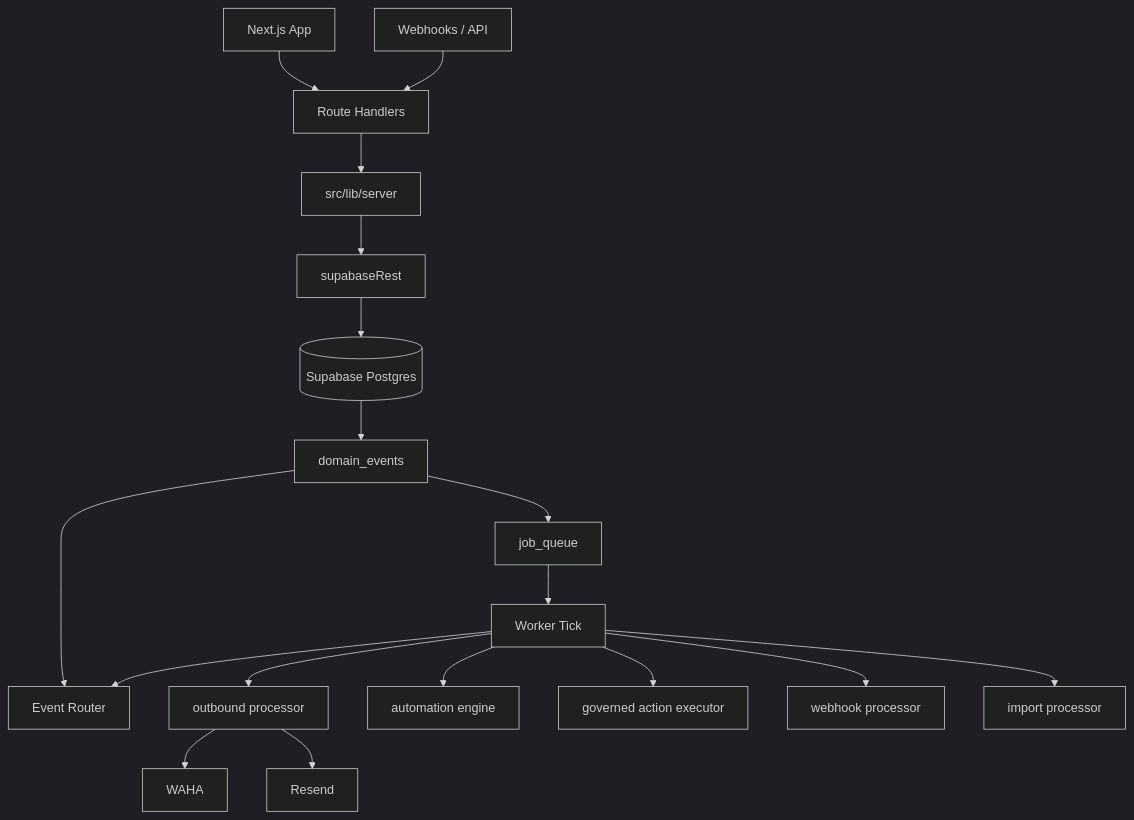
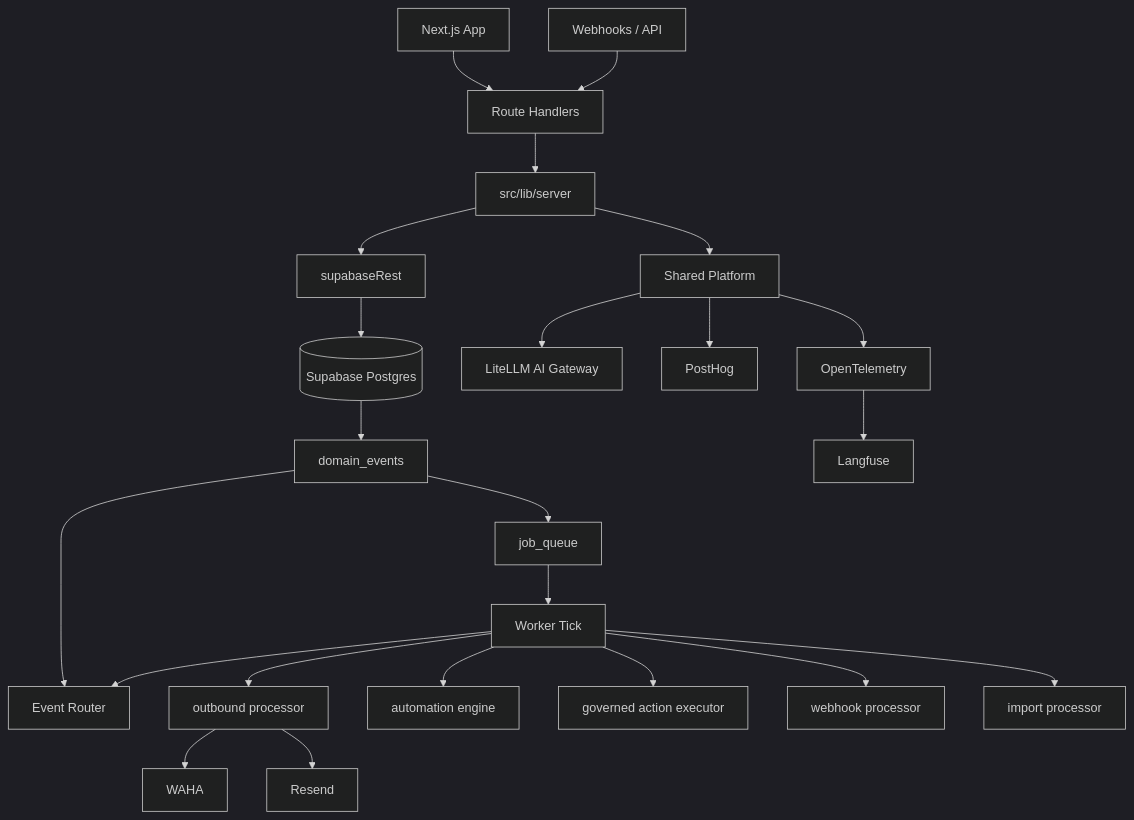
One commit to andreydecorvital-sudo/CRM changed the sixth of 6 diagrams in docs/SYSTEM_MAP.md. Above: the diagram before and after it, drawn with Mermaid (dark theme). The commit also changed other lines of this file and 16 other files, not shown here.

Commit message:
feat: add shared SaaS platform foundation

````diff
--- a/docs/SYSTEM_MAP.md
+++ b/docs/SYSTEM_MAP.md
@@ -256,23 +257,29 @@
 ```mermaid
 flowchart TB
   UI[Next.js App] --> ROUTES[Route Handlers]
   EXT[Webhooks / API] --> ROUTES
   ROUTES --> SERVICES[src/lib/server]
   SERVICES --> REST[supabaseRest]
   REST --> DB[(Supabase Postgres)]
 
   DB --> EVENTS[domain_events]
   EVENTS --> JOBS[job_queue]
   EVENTS --> ROUTER[Event Router]
   JOBS --> WORKER[Worker Tick]
 
   WORKER --> OUT[outbound processor]
   WORKER --> AUTO[automation engine]
   WORKER --> ROUTER
   WORKER --> EXEC[governed action executor]
   WORKER --> WEBHOOK[webhook processor]
   WORKER --> IMPORT[import processor]
 
   OUT --> WAHA[WAHA]
   OUT --> EMAIL[Resend]
+
+  SERVICES --> PLATFORM[Shared Platform]
+  PLATFORM --> AIGW[LiteLLM AI Gateway]
+  PLATFORM --> PH[PostHog]
+  PLATFORM --> OTEL[OpenTelemetry]
+  OTEL --> LF[Langfuse]
 ```
````
